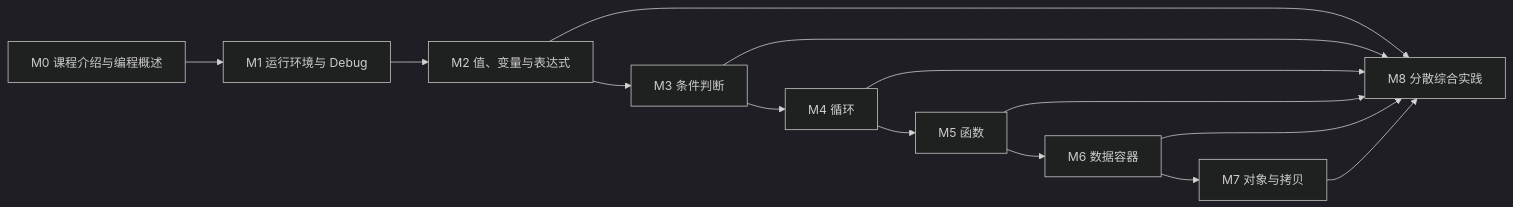
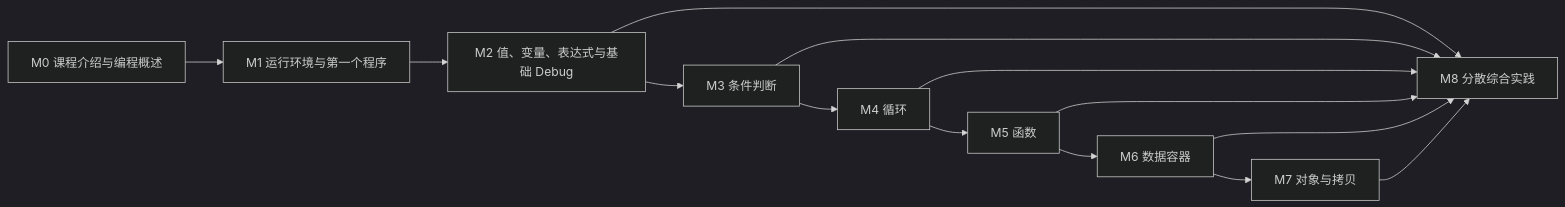
The diagram in docs/curriculum-map.md (kqcoxn/python-tutorial-2026), drawn with Mermaid (dark theme) before and after one commit. The commit also changed other lines of this file and 3 other files, not shown here.

Commit message:
更新课程蓝图和规划基线文档，标记课程蓝图已审核并准备进入样板制作阶段，调整相关内容以反映最新审核结果

````diff
--- a/docs/curriculum-map.md
+++ b/docs/curriculum-map.md
@@ -60,16 +60,16 @@
 ```mermaid
 flowchart LR
-    M0["M0 课程介绍与编程概述"] --> M1["M1 运行环境与 Debug"]
-    M1 --> M2["M2 值、变量与表达式"]
+    M0["M0 课程介绍与编程概述"] --> M1["M1 运行环境与第一个程序"]
+    M1 --> M2["M2 值、变量、表达式与基础 Debug"]
     M2 --> M3["M3 条件判断"]
     M3 --> M4["M4 循环"]
     M4 --> M5["M5 函数"]
     M5 --> M6["M6 数据容器"]
     M6 --> M7["M7 对象与拷贝"]
     M2 --> M8["M8 分散综合实践"]
     M3 --> M8
     M4 --> M8
     M5 --> M8
     M6 --> M8
     M7 --> M8
 ```
````
